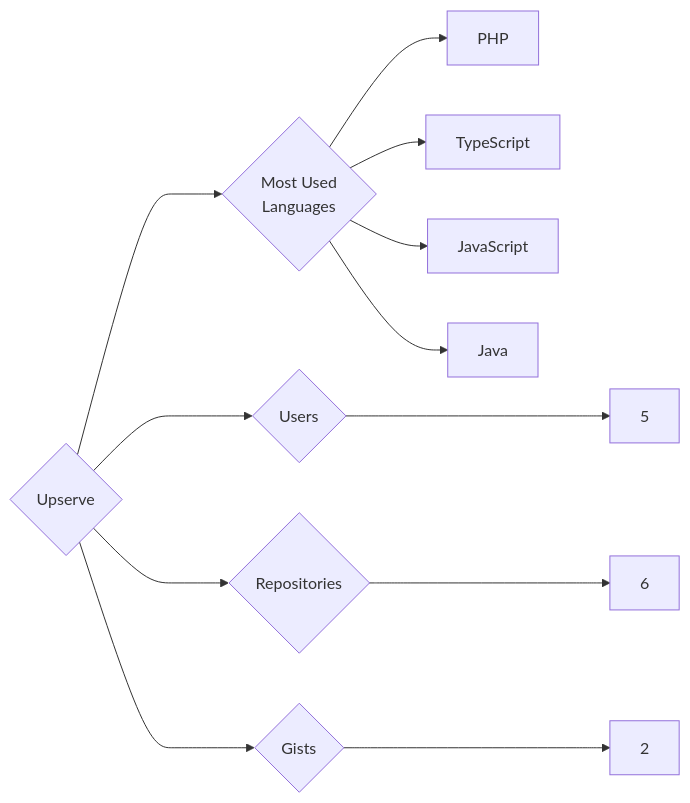
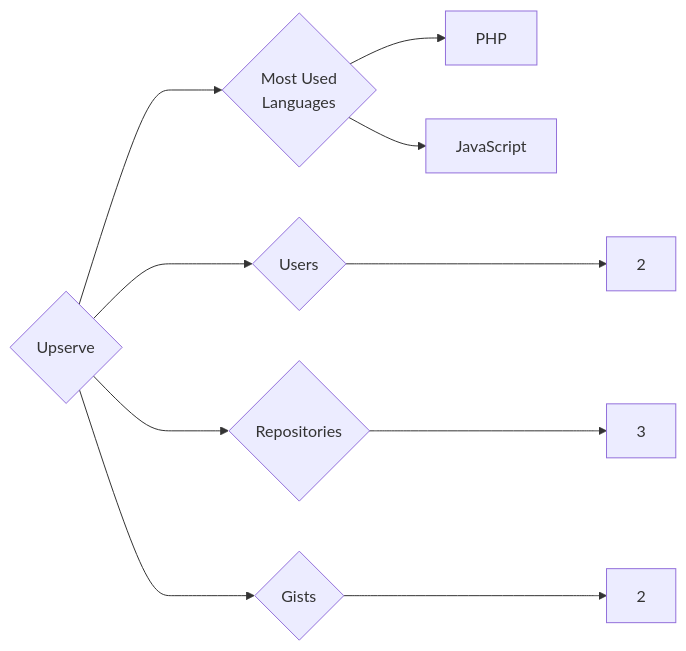
Before and after one commit to trickest/insiders: the diagram in targets/Upserve/README.md, drawn with Mermaid. The commit also changed 895 other files, not shown here.

````diff
--- a/targets/Upserve/README.md
+++ b/targets/Upserve/README.md
@@ -3,12 +3,10 @@
 ```mermaid
 graph LR
 COMPANY_NAME{Upserve}
-COMPANY_NAME ---> U{Users} ---> UN[5]
-COMPANY_NAME ---> R{Repositories} ---> RN[6]
+COMPANY_NAME ---> U{Users} ---> UN[2]
+COMPANY_NAME ---> R{Repositories} ---> RN[3]
 COMPANY_NAME ---> G{Gists} ---> GN[2]
 COMPANY_NAME ---> ML{Most Used<br>Languages}
 ML --> PHP[PHP]
-ML --> TypeScript[TypeScript]
 ML --> JavaScript[JavaScript]
-ML --> Java[Java]
 ```
````
